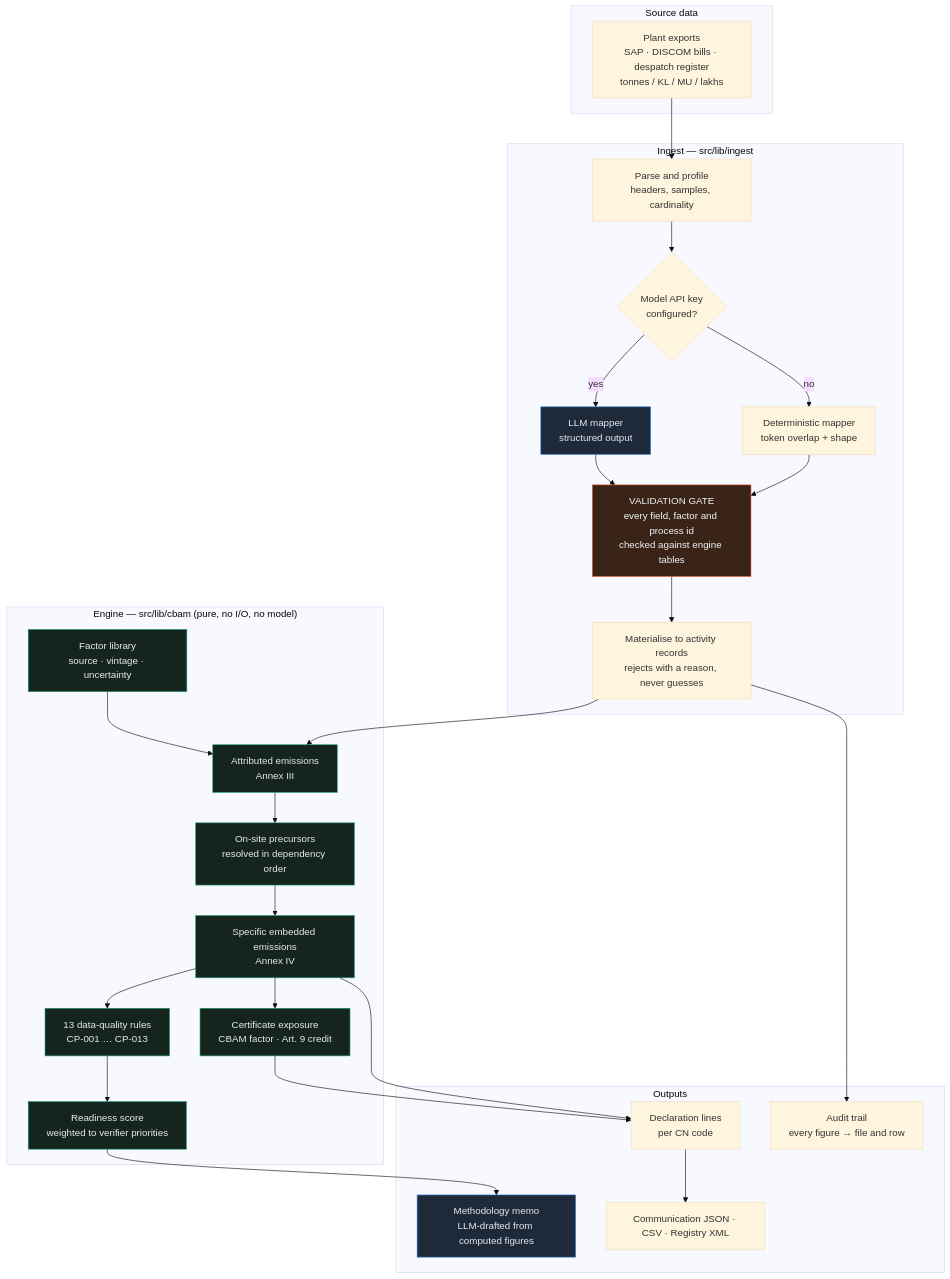
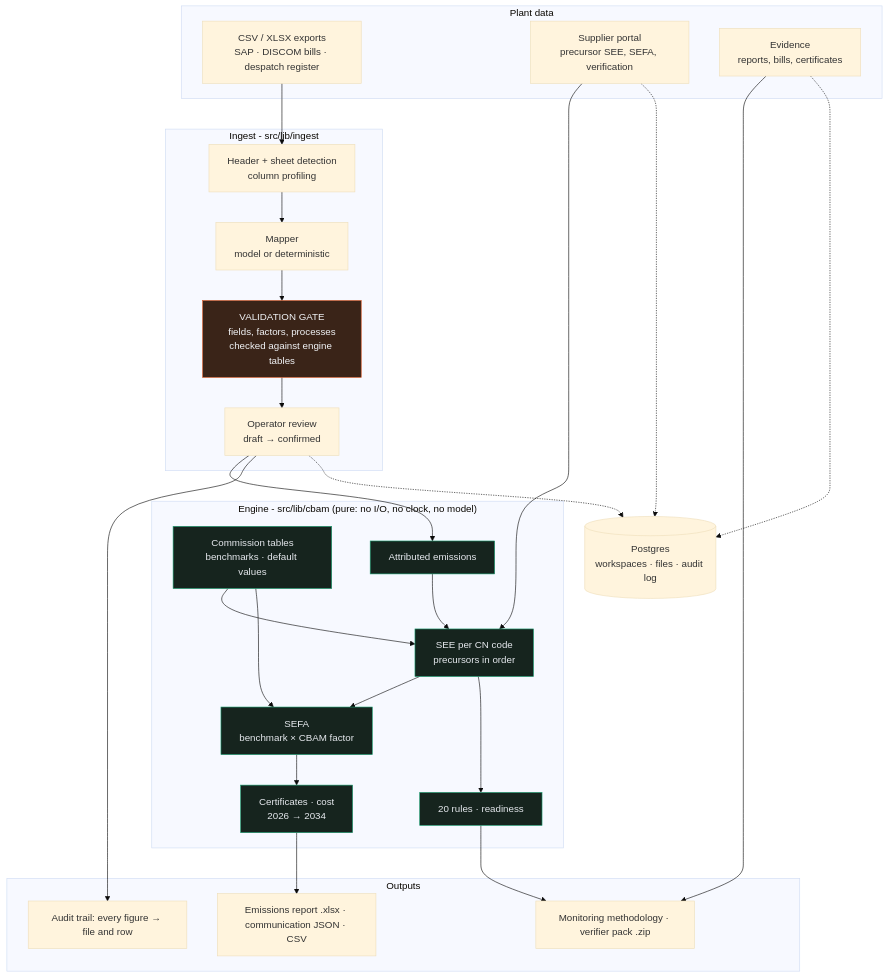
One commit to aquiadi/CBAM-Compilance changed the diagram in README.md. Above: the diagram before and after it, drawn with Mermaid (base theme). The commit also changed other lines of this file and 164 other files, not shown here.

````diff
--- a/README.md
+++ b/README.md
@@ -47,50 +223,51 @@
 ```mermaid
 flowchart TB
-    subgraph SRC["Source data"]
-        A["Plant exports<br/>SAP · DISCOM bills · despatch register<br/>tonnes / KL / MU / lakhs"]
+    subgraph IN["Plant data"]
+        A["CSV / XLSX exports<br/>SAP · DISCOM bills · despatch register"]
+        S["Supplier portal<br/>precursor SEE, SEFA, verification"]
+        V["Evidence<br/>reports, bills, certificates"]
     end
 
-    subgraph ING["Ingest — src/lib/ingest"]
-        B["Parse and profile<br/>headers, samples, cardinality"]
-        C{"Model API key<br/>configured?"}
-        D["LLM mapper<br/>structured output"]
-        E["Deterministic mapper<br/>token overlap + shape"]
-        F["VALIDATION GATE<br/>every field, factor and process id<br/>checked against engine tables"]
-        G["Materialise to activity records<br/>rejects with a reason, never guesses"]
+    subgraph ING["Ingest - src/lib/ingest"]
+        B["Header + sheet detection<br/>column profiling"]
+        C["Mapper<br/>model or deterministic"]
+        F["VALIDATION GATE<br/>fields, factors, processes<br/>checked against engine tables"]
+        R["Operator review<br/>draft → confirmed"]
     end
 
-    subgraph ENG["Engine — src/lib/cbam (pure, no I/O, no model)"]
-        H["Factor library<br/>source · vintage · uncertainty"]
-        I["Attributed emissions<br/>Annex III"]
-        J["On-site precursors<br/>resolved in dependency order"]
-        K["Specific embedded emissions<br/>Annex IV"]
-        L["13 data-quality rules<br/>CP-001 … CP-013"]
-        M["Readiness score<br/>weighted to verifier priorities"]
-        N["Certificate exposure<br/>CBAM factor · Art. 9 credit"]
+    subgraph ENG["Engine - src/lib/cbam (pure: no I/O, no clock, no model)"]
+        T["Commission tables<br/>benchmarks · default values"]
+        I["Attributed emissions"]
+        K["SEE per CN code<br/>precursors in order"]
+        SF["SEFA<br/>benchmark × CBAM factor"]
+        L["20 rules · readiness"]
+        N["Certificates · cost<br/>2026 → 2034"]
     end
 
     subgraph OUT["Outputs"]
-        O["Declaration lines<br/>per CN code"]
-        P["Communication JSON · CSV · Registry XML"]
-        Q["Methodology memo<br/>LLM-drafted from computed figures"]
-        R["Audit trail<br/>every figure → file and row"]
+        O["Emissions report .xlsx · communication JSON · CSV"]
+        P["Monitoring methodology · verifier pack .zip"]
+        Q["Audit trail: every figure → file and row"]
     end
 
-    A --> B --> C
-    C -- yes --> D --> F
-    C -- no --> E --> F
-    F --> G --> I
-    H --> I --> J --> K --> L --> M
-    K --> N
-    K --> O --> P
-    M --> Q
-    G --> R
+    DB[("Postgres<br/>workspaces · files · audit log")]
+
+    A --> B --> C --> F --> R --> I
+    S --> K
+    T --> K
+    T --> SF
+    I --> K --> SF --> N
+    K --> L
     N --> O
+    L --> P
+    R --> Q
+    V --> P
+    R -.-> DB
+    S -.-> DB
+    V -.-> DB
 
-    classDef model fill:#1e2a3a,stroke:#3987e5,color:#e6e9ee
     classDef gate fill:#3a2418,stroke:#d95926,color:#f2f4f7
     classDef engine fill:#16241e,stroke:#199e70,color:#e6e9ee
-    class D,Q model
     class F gate
-    class H,I,J,K,L,M,N engine
+    class T,I,K,SF,L,N engine
 ```
````
